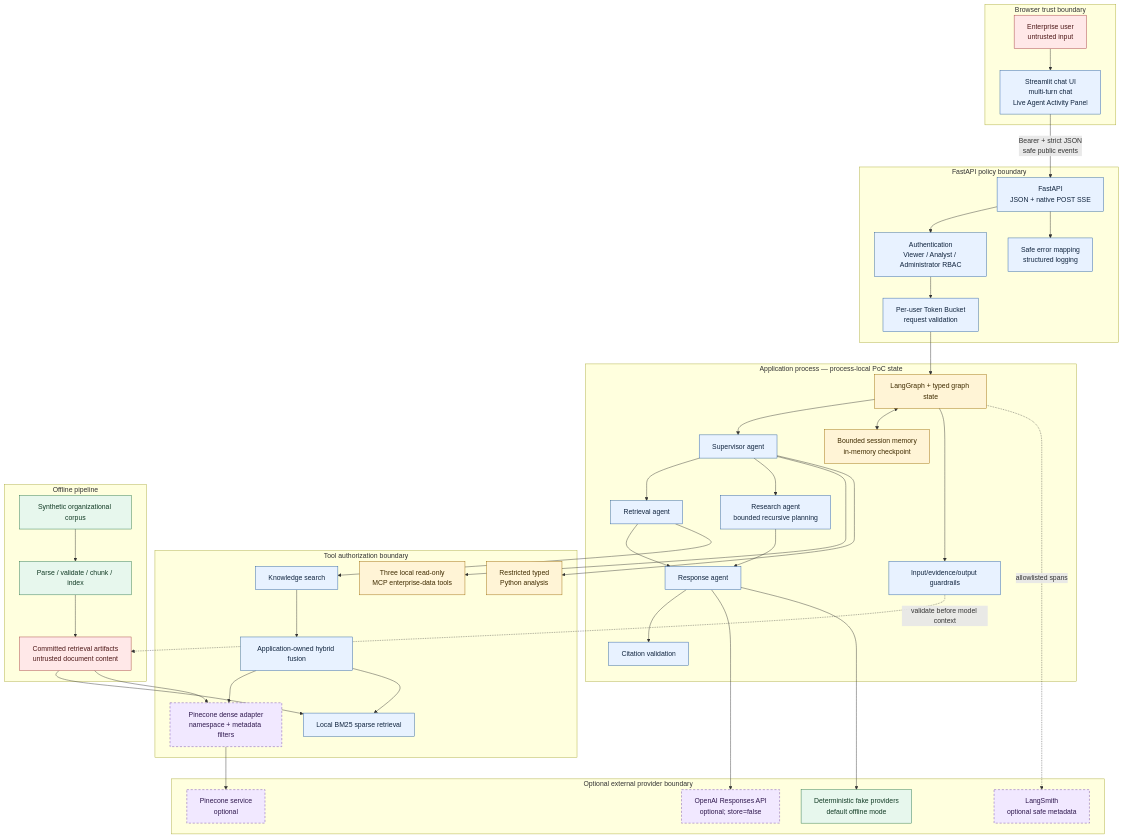
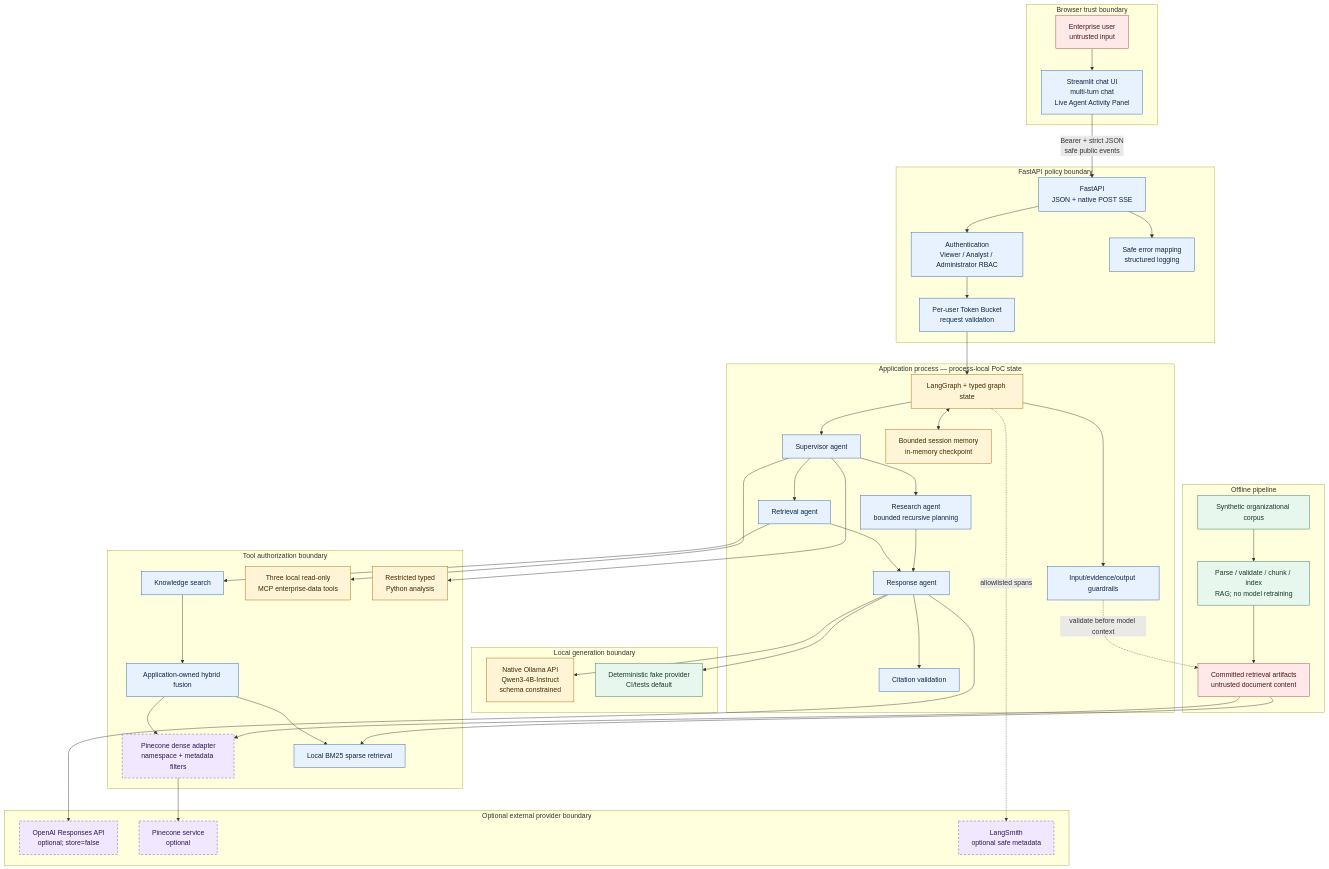
The diagram in docs/final-architecture.md (dakshina-d/enterprise-ai-knowledge-assistant), drawn with Mermaid before and after one commit. The commit also changed other lines of this file and 40 other files, not shown here.

Commit message:
feat: add local Qwen3 Instruct inference and enforce retrieval relevance

```diff
--- a/docs/final-architecture.md
+++ b/docs/final-architecture.md
@@ -74,8 +74,12 @@
         OPENAI["OpenAI Responses API<br/>optional; store=false"]:::optional
         PINECONE["Pinecone service<br/>optional"]:::optional
         LANGSMITH["LangSmith<br/>optional safe metadata"]:::optional
-        FAKE["Deterministic fake providers<br/>default offline mode"]:::offline
     end
+    subgraph LOCALMODEL["Local generation boundary"]
+        OLLAMA["Native Ollama API<br/>Qwen3-4B-Instruct<br/>schema constrained"]:::local
+        FAKE["Deterministic fake provider<br/>CI/tests default"]:::offline
+    end
+    RESP --> OLLAMA
     RESP --> OPENAI
     RESP --> FAKE
     DENSE --> PINECONE
@@ -83,7 +87,7 @@
 
     subgraph INGEST["Offline pipeline"]
         CORPUS["Synthetic organizational corpus"]:::offline
-        PIPE["Parse / validate / chunk / index"]:::offline
+        PIPE["Parse / validate / chunk / index<br/>RAG; no model retraining"]:::offline
         ARTIFACTS["Committed retrieval artifacts<br/>untrusted document content"]:::untrusted
         CORPUS --> PIPE --> ARTIFACTS
     end
```
